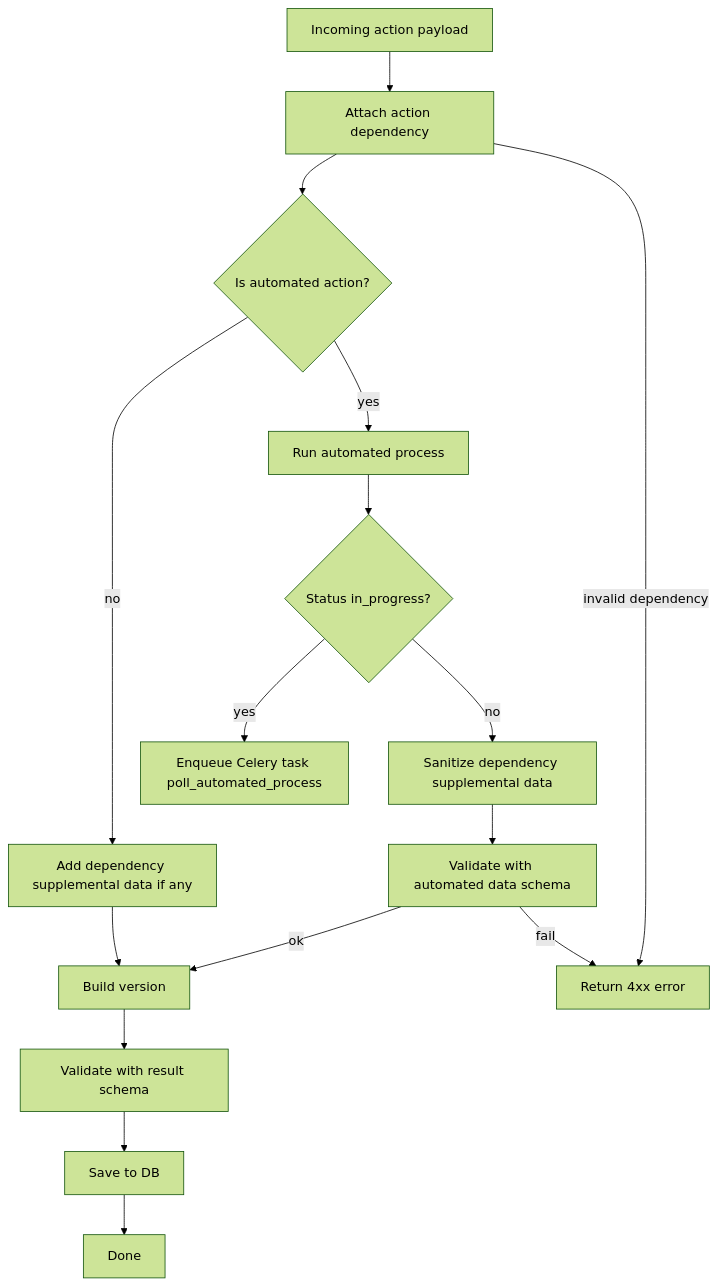
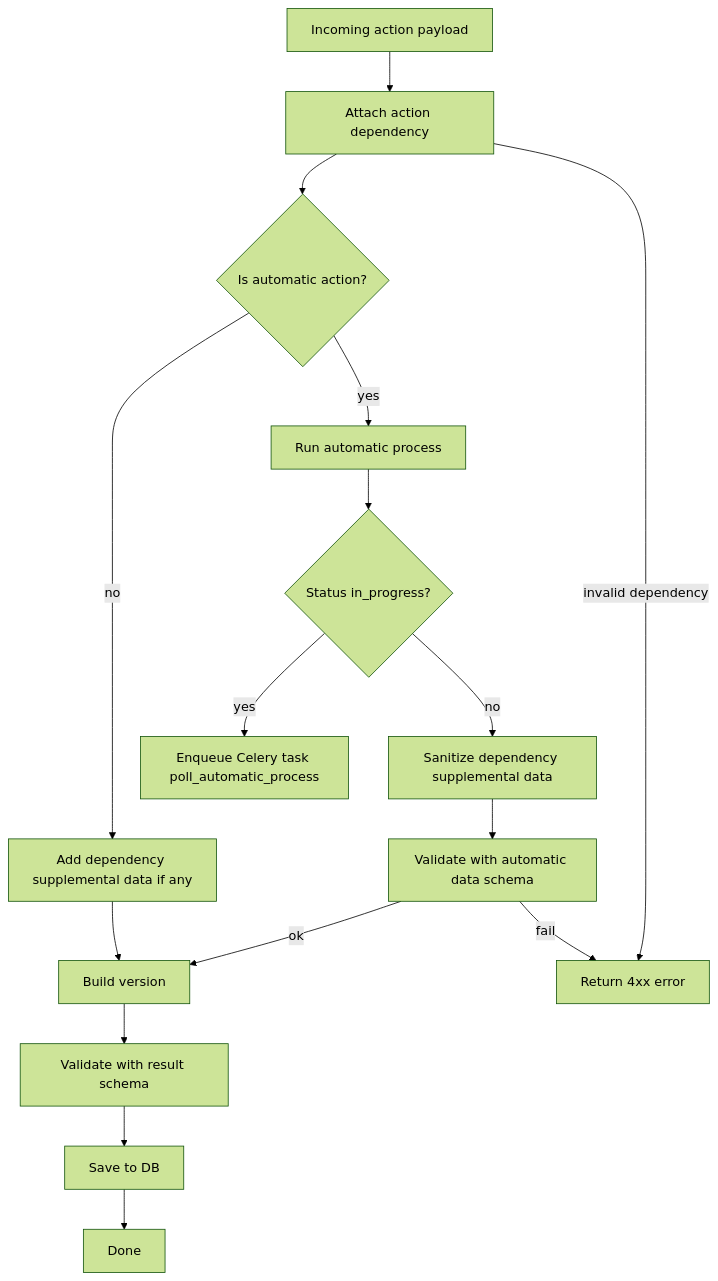
One commit to kobotoolbox/kpi changed the third of 3 diagrams in kobo/apps/subsequences/README.md. Above: the diagram before and after it, drawn with Mermaid (forest theme). The commit also changed other lines of this file and 14 other files, not shown here.

Commit message:
refactor(subsequences): replace automated with automatic

````diff
--- a/kobo/apps/subsequences/README.md
+++ b/kobo/apps/subsequences/README.md
@@ -231,35 +231,35 @@
 ```mermaid
 flowchart TB
   A[Incoming action payload]
   B[Attach action dependency]
-  C{Is automated action?}
+  C{Is automatic action?}
   D[Add dependency supplemental data if any]
   E[Build version]
   F[Validate with result schema]
   G[Save to DB]
   H[Done]
-  I[Run automated process]
+  I[Run automatic process]
   J[Sanitize dependency supplemental data]
-  K[Validate with automated data schema]
-  L[Enqueue Celery task poll_automated_process]
+  K[Validate with automatic data schema]
+  L[Enqueue Celery task poll_automatic_process]
   M[Return 4xx error]
   N{Status in_progress?}
 
   A --> B
   B --> C
   C -->|no| D
   D --> E
   E --> F
   F --> G
   G --> H
 
   C -->|yes| I
   I --> N
   N -->|yes| L
   N -->|no| J
   J --> K
   K -->|fail| M
   K -->|ok| E
 
   B -->|invalid dependency| M
 ```
````
